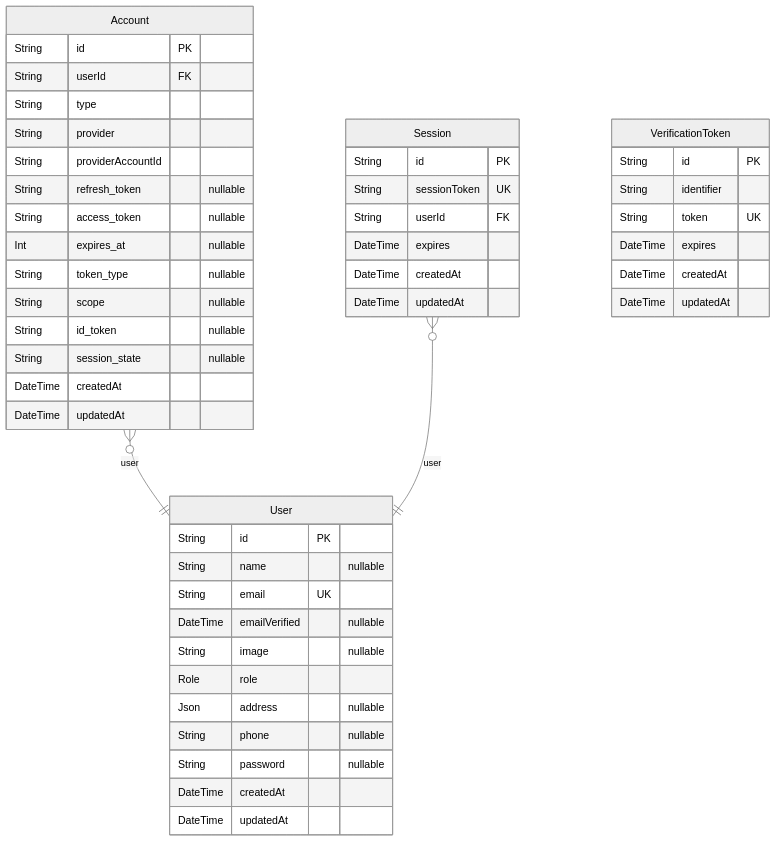
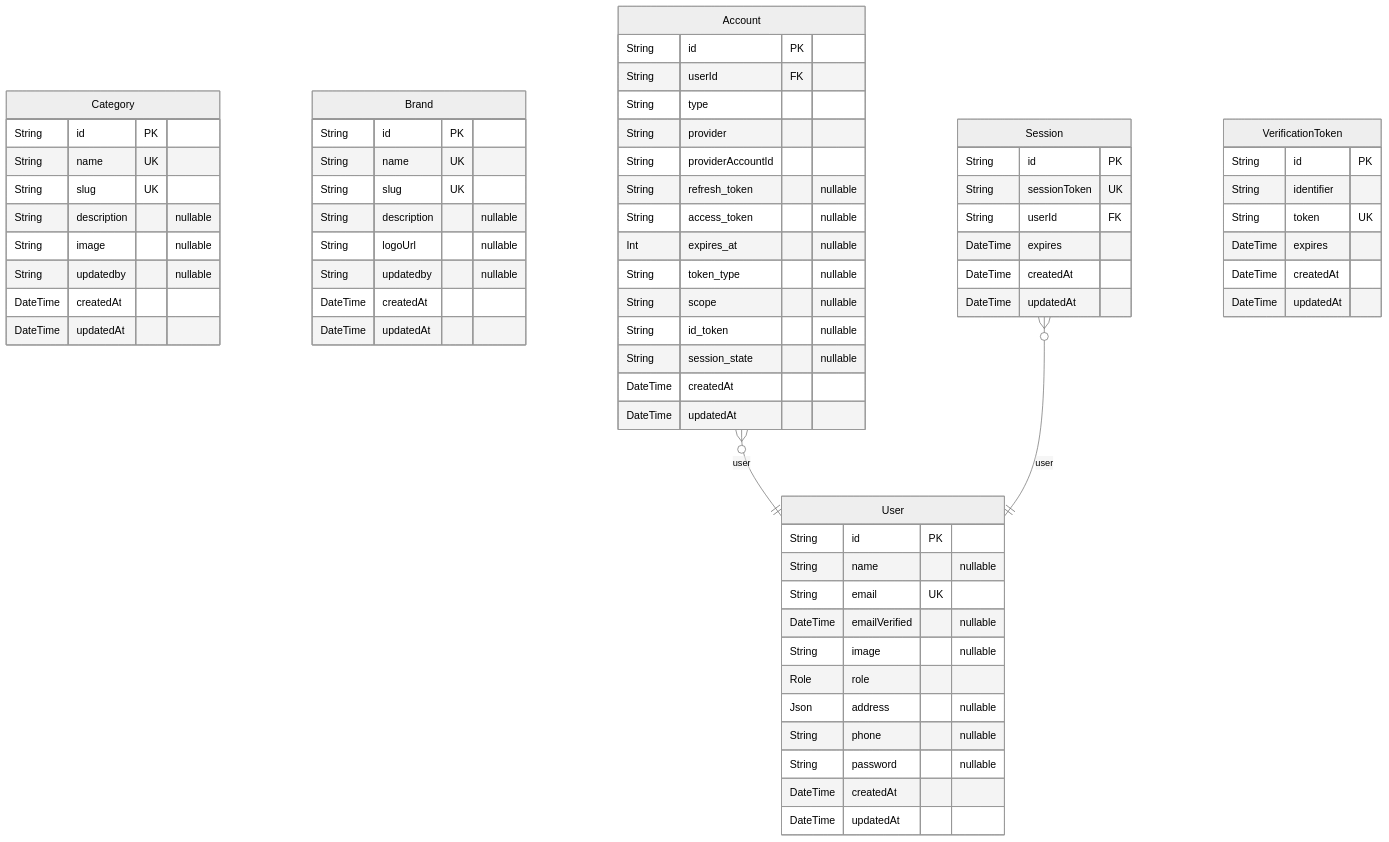
The diagram in prisma/ERD.md (jjaijg/ssb-store), drawn with Mermaid (neutral theme) before and after one commit. The commit also changed other lines of this file and 18 other files, not shown here.

Commit message:
Created Brand and Category admin page with CRUD operations, prisma model

````diff
--- a/prisma/ERD.md
+++ b/prisma/ERD.md
@@ -7,50 +7,70 @@
 ```mermaid
 erDiagram
+"Category" {
+  String id PK
+  String name UK
+  String slug UK
+  String description "nullable"
+  String image "nullable"
+  String updatedby "nullable"
+  DateTime createdAt
+  DateTime updatedAt
+}
+"Brand" {
+  String id PK
+  String name UK
+  String slug UK
+  String description "nullable"
+  String logoUrl "nullable"
+  String updatedby "nullable"
+  DateTime createdAt
+  DateTime updatedAt
+}
 "User" {
   String id PK
   String name "nullable"
   String email UK
   DateTime emailVerified "nullable"
   String image "nullable"
   Role role
   Json address "nullable"
   String phone "nullable"
   String password "nullable"
   DateTime createdAt
   DateTime updatedAt
 }
 "Account" {
   String id PK
   String userId FK
   String type
   String provider
   String providerAccountId
   String refresh_token "nullable"
   String access_token "nullable"
   Int expires_at "nullable"
   String token_type "nullable"
   String scope "nullable"
   String id_token "nullable"
   String session_state "nullable"
   DateTime createdAt
   DateTime updatedAt
 }
 "Session" {
   String id PK
   String sessionToken UK
   String userId FK
   DateTime expires
   DateTime createdAt
   DateTime updatedAt
 }
 "VerificationToken" {
   String id PK
   String identifier
   String token UK
   DateTime expires
   DateTime createdAt
   DateTime updatedAt
 }
 "Account" }o--|| "User" : user
 "Session" }o--|| "User" : user
 ```
````
